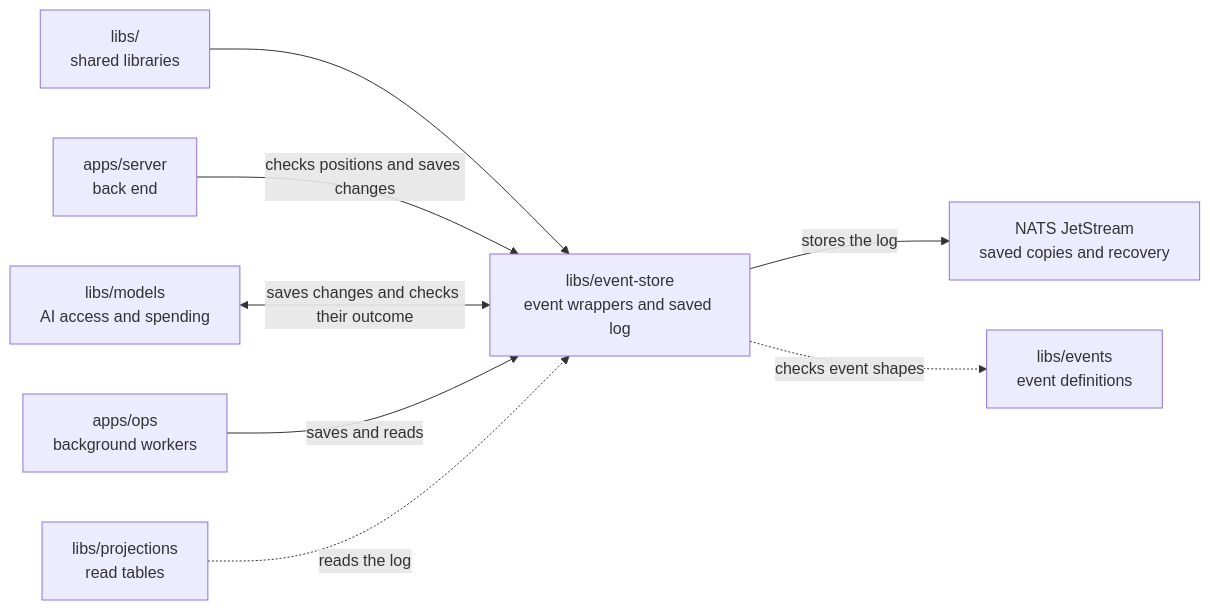
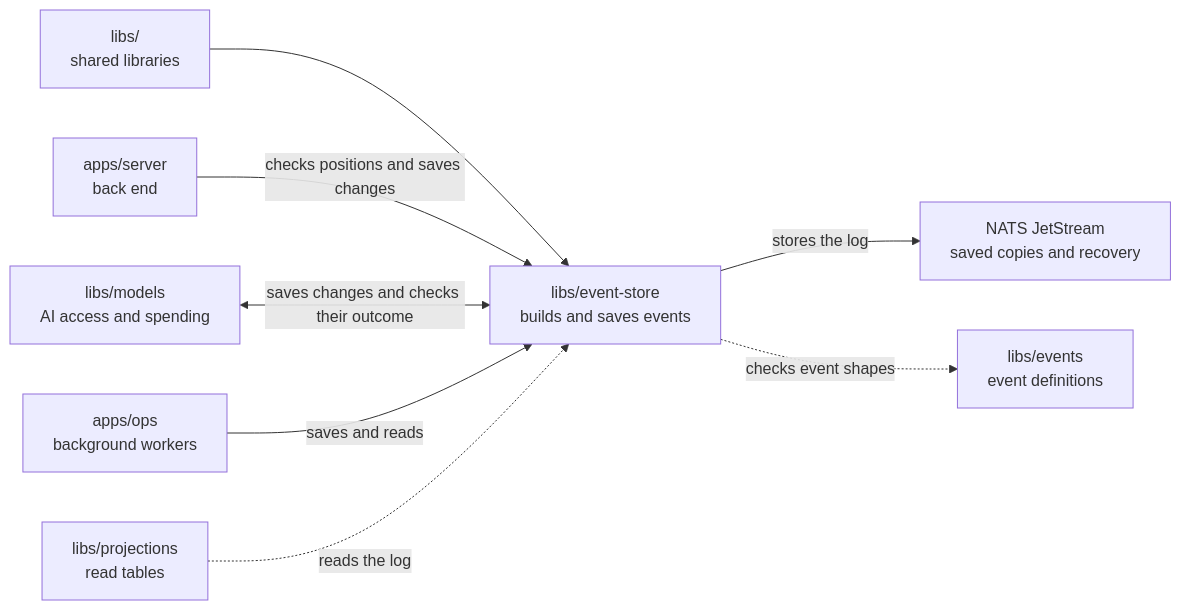
The diagram in libs/event-store/README.md (elewa-git/opencrane-new), drawn with Mermaid before and after one commit. The commit also changed other lines of this file and 2 other files, not shown here.

Commit message:
📝 Record reproducible envelope equivalence evidence

````diff
--- a/libs/event-store/README.md
+++ b/libs/event-store/README.md
@@ -23,10 +23,10 @@
 ```mermaid
 flowchart LR
-  parent["libs/<br/>shared libraries"] --> store["libs/event-store<br/>event wrappers and saved log"]
+  parent["libs/<br/>shared libraries"] --> store["libs/event-store<br/>builds and saves events"]
   server["apps/server<br/>back end"] -->|checks positions and saves changes| store
   models["libs/models<br/>AI access and spending"] <-->|saves changes and checks their outcome| store
   ops["apps/ops<br/>background workers"] -->|saves and reads| store
   projections["libs/projections<br/>read tables"] -.->|reads the log| store
   store -->|stores the log| nats["NATS JetStream<br/>saved copies and recovery"]
   store -.->|checks event shapes| events["libs/events<br/>event definitions"]
 ```
````
